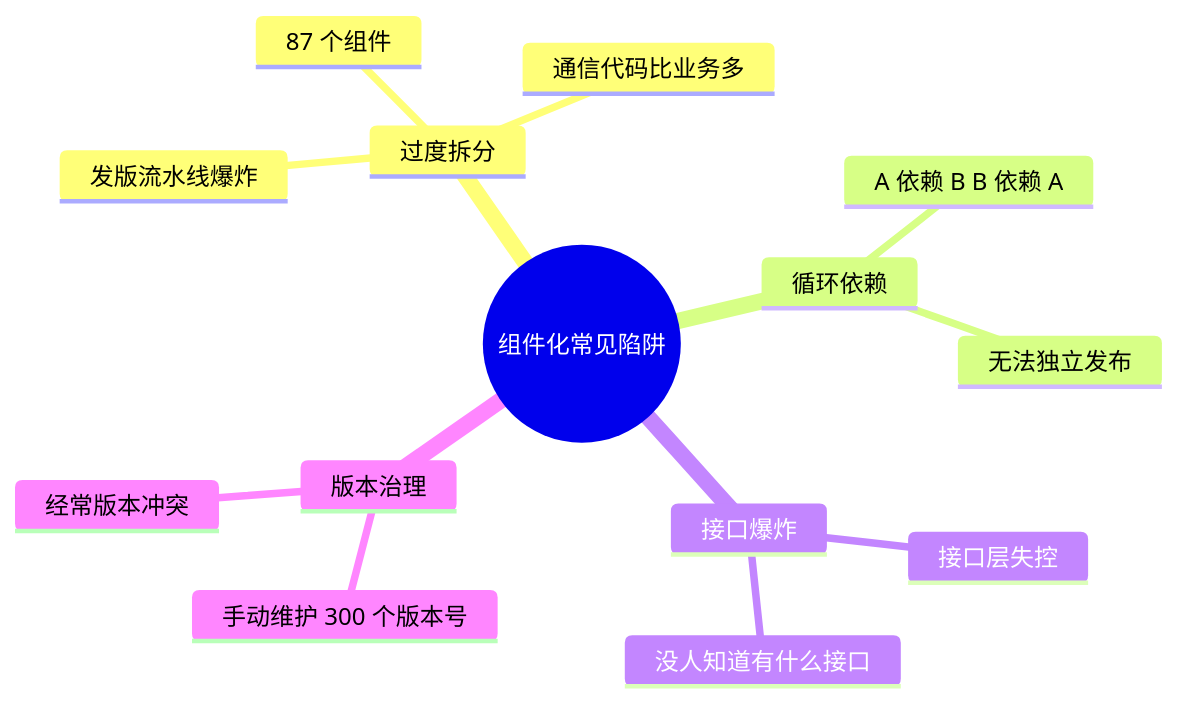
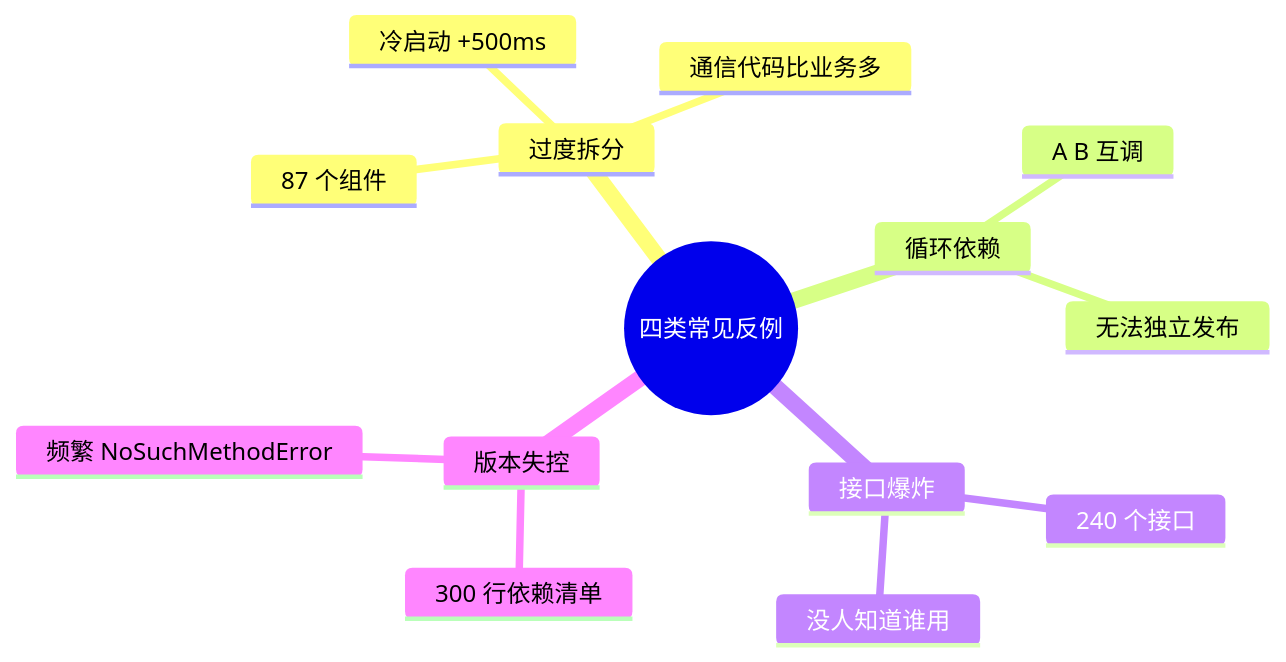
One commit to chongyang211/YCBookBlog changed the eighth of 10 diagrams in docs/10.真经/05.方案设计思想/02.组件化方案的设计.md. Above: the diagram before and after it, drawn with Mermaid. The commit also changed other lines of this file and 36 other files, not shown here.

````diff
--- a/docs/10.真经/05.方案设计思想/02.组件化方案的设计.md
+++ b/docs/10.真经/05.方案设计思想/02.组件化方案的设计.md
@@ -534,17 +744,17 @@
 ```mermaid
 mindmap
-  root((组件化常见陷阱))
+  root((四类常见反例))
     过度拆分
       87 个组件
       通信代码比业务多
-      发版流水线爆炸
+      冷启动 +500ms
     循环依赖
-      A 依赖 B B 依赖 A
+      A B 互调
       无法独立发布
     接口爆炸
-      接口层失控
-      没人知道有什么接口
-    版本治理
-      手动维护 300 个版本号
-      经常版本冲突
+      240 个接口
+      没人知道谁用
+    版本失控
+      300 行依赖清单
+      频繁 NoSuchMethodError
 ```
````
